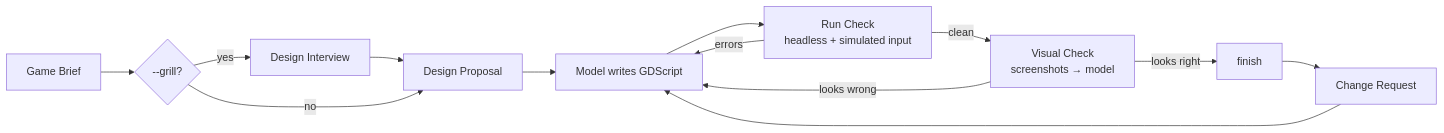
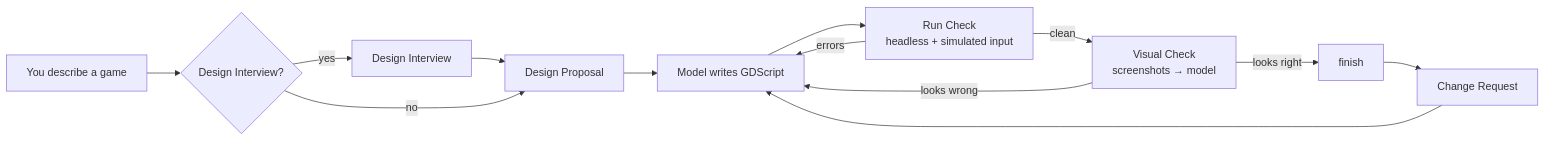
The diagram in README.md (yatharthjag2008/Hacktober-Hackathon), drawn with Mermaid before and after one commit. The commit also changed other lines of this file and 2 other files, not shown here.

````diff
--- a/README.md
+++ b/README.md
@@ -89,13 +109,13 @@
 ```mermaid
 flowchart LR
-    B[Game Brief] --> D{--grill?}
+    B[You describe a game] --> D{Design Interview?}
     D -- yes --> I[Design Interview] --> P[Design Proposal]
     D -- no --> P
     P --> W[Model writes GDScript]
     W --> R[Run Check<br/>headless + simulated input]
     R -- errors --> W
     R -- clean --> V[Visual Check<br/>screenshots → model]
     V -- looks wrong --> W
     V -- looks right --> F[finish]
     F --> C[Change Request] --> W
 ```
````
